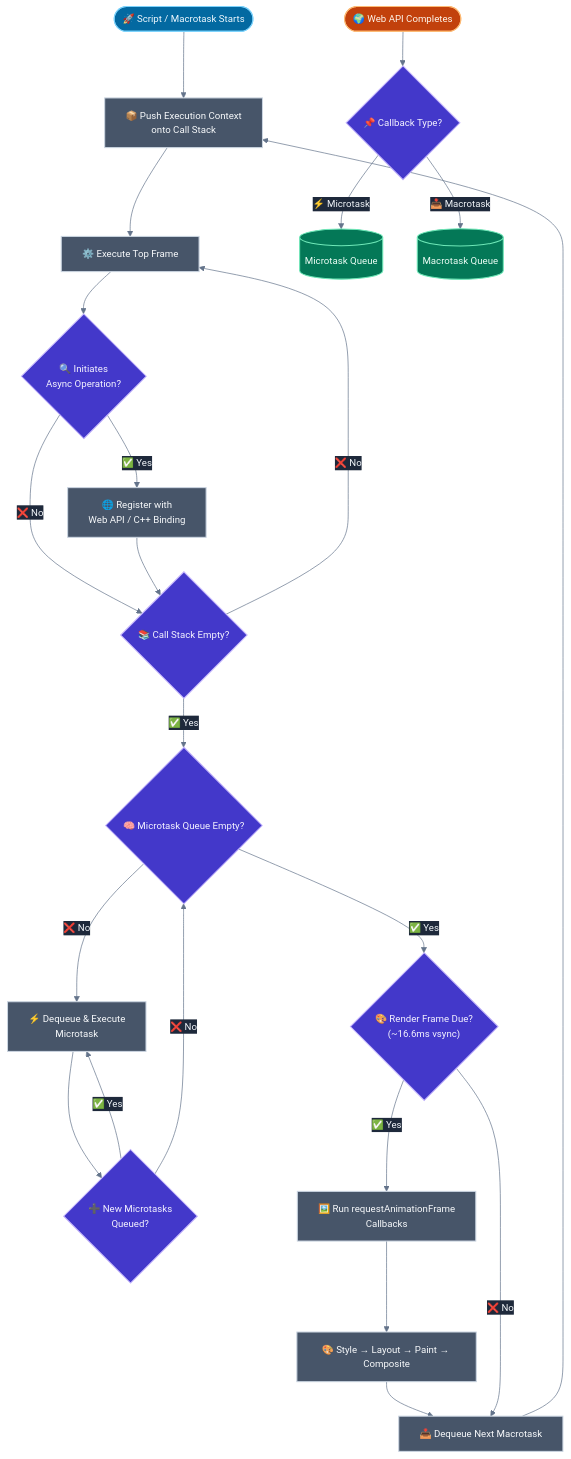
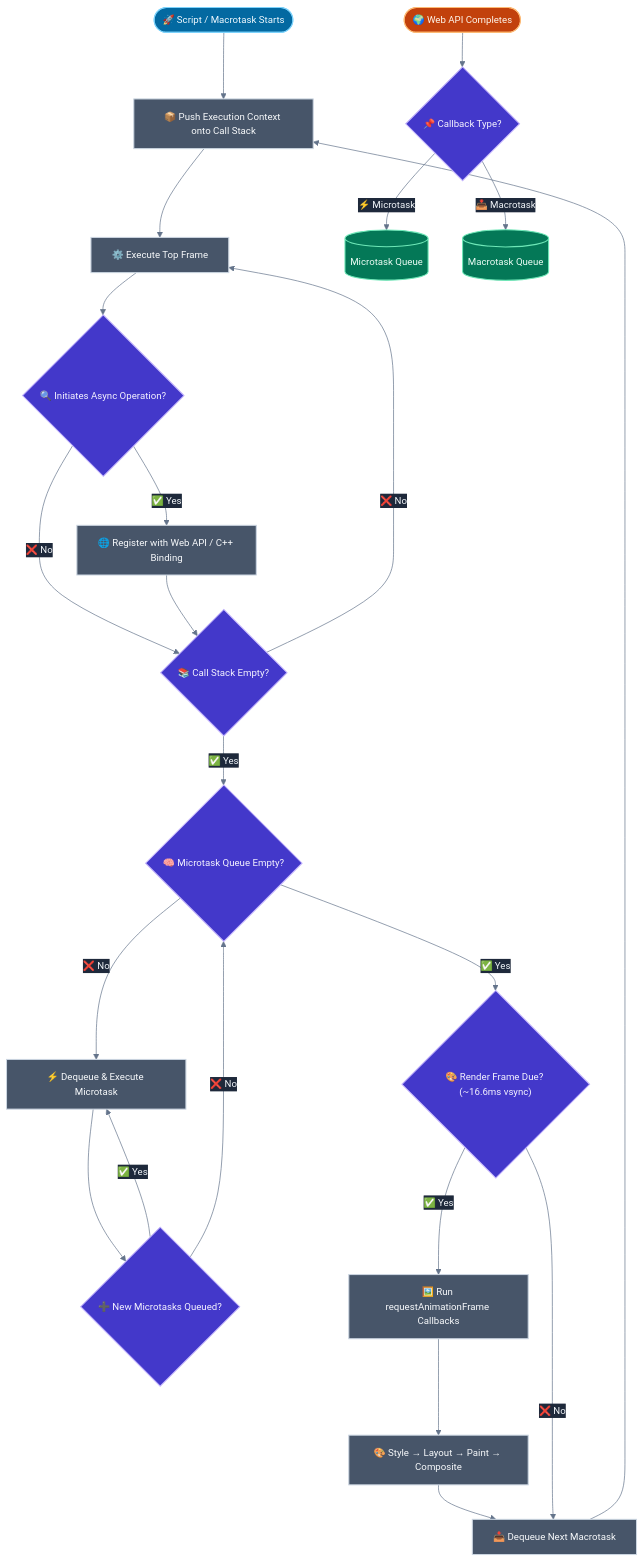
One commit to vinayakhumberi/litmus changed the first of 2 diagrams in data/topics/event-loop-microtasks-macrotasks.md. Above: the diagram before and after it, drawn with Mermaid. The commit also changed other lines of this file and 68 other files, not shown here.

````diff
--- a/data/topics/event-loop-microtasks-macrotasks.md
+++ b/data/topics/event-loop-microtasks-macrotasks.md
@@ -163,64 +163,64 @@
 ```mermaid
 %%{init: {"theme": "base", "themeVariables": {"background":"transparent","primaryColor":"#334155","primaryTextColor":"#f1f5f9","primaryBorderColor":"#64748b","lineColor":"#64748b","edgeLabelBackground":"#1e293b","textColor":"#f1f5f9","clusterBkg":"#1e293b","clusterBorder":"#475569","fontFamily":"\"Plus Jakarta Sans\", sans-serif","fontSize":"14px"}}}%%
    flowchart TD
     %% ===== Main Loop =====
     A(["🚀 Script / Macrotask Starts"])
-        --> B["📦 Push Execution Context<br/>onto Call Stack"]
+        --> B["📦 Push Execution Context onto Call Stack"]
 
     B --> C["⚙️ Execute Top Frame"]
 
-    C --> D{"🔍 Initiates<br/>Async Operation?"}
+    C --> D{"🔍 Initiates Async Operation?"}
 
-    D -- "✅ Yes" --> E["🌐 Register with<br/>Web API / C++ Binding"]
+    D -- "✅ Yes" --> E["🌐 Register with Web API / C++ Binding"]
 
     D -- "❌ No" --> F{"📚 Call Stack Empty?"}
 
     E --> F
 
     F -- "❌ No" --> C
 
     %% ===== Microtask Phase =====
     F -- "✅ Yes" --> G{"🧠 Microtask Queue Empty?"}
 
-    G -- "❌ No" --> H["⚡ Dequeue & Execute<br/>Microtask"]
+    G -- "❌ No" --> H["⚡ Dequeue & Execute Microtask"]
 
-    H --> I{"➕ New Microtasks<br/>Queued?"}
+    H --> I{"➕ New Microtasks Queued?"}
 
     I -- "✅ Yes" --> H
     I -- "❌ No" --> G
 
     %% ===== Render Phase =====
-    G -- "✅ Yes" --> J{"🎨 Render Frame Due?<br/>(~16.6ms vsync)"}
+    G -- "✅ Yes" --> J{"🎨 Render Frame Due? (~16.6ms vsync)"}
 
-    J -- "✅ Yes" --> K["🖼️ Run requestAnimationFrame<br/>Callbacks"]
+    J -- "✅ Yes" --> K["🖼️ Run requestAnimationFrame Callbacks"]
 
     K --> L["🎨 Style → Layout → Paint → Composite"]
 
     %% ===== Next Task =====
     L --> M["📥 Dequeue Next Macrotask"]
 
     J -- "❌ No" --> M
 
     M --> B
 
     %% ===== Async Completion =====
     WA(["🌍 Web API Completes"])
         --> N{"📌 Callback Type?"}
 
     N -- "⚡ Microtask" --> O[("Microtask Queue")]
     N -- "📥 Macrotask" --> P[("Macrotask Queue")]
 
     %% ===== Styles =====
     classDef start fill:#0369a1,stroke:#7dd3fc,color:#f0f9ff,stroke-width:1.5px;
     classDef process fill:#475569,stroke:#cbd5e1,color:#f8fafc,stroke-width:1.5px;
     classDef decision fill:#4338ca,stroke:#c4b5fd,color:#f5f3ff,stroke-width:1.5px;
     classDef queue fill:#047857,stroke:#6ee7b7,color:#ecfdf5,stroke-width:1.5px;
     classDef render fill:#6d28d9,stroke:#f9a8d4,color:#fdf4ff,stroke-width:1.5px;
     classDef async fill:#c2410c,stroke:#fdba74,color:#fff7ed,stroke-width:1.5px;
 
     class A start;
     class B,C,E,H,K,L,M process;
     class D,F,G,I,J,N decision;
     class O,P queue;
     class WA async;
 ```
````
